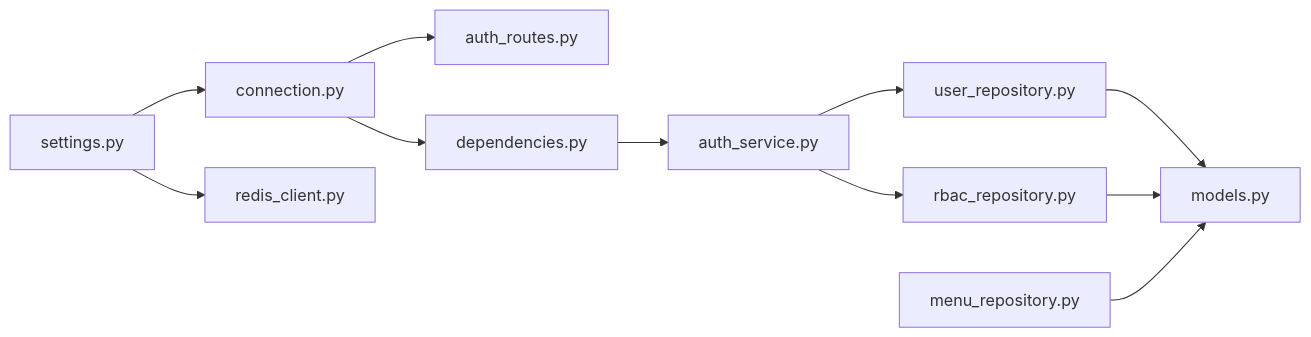
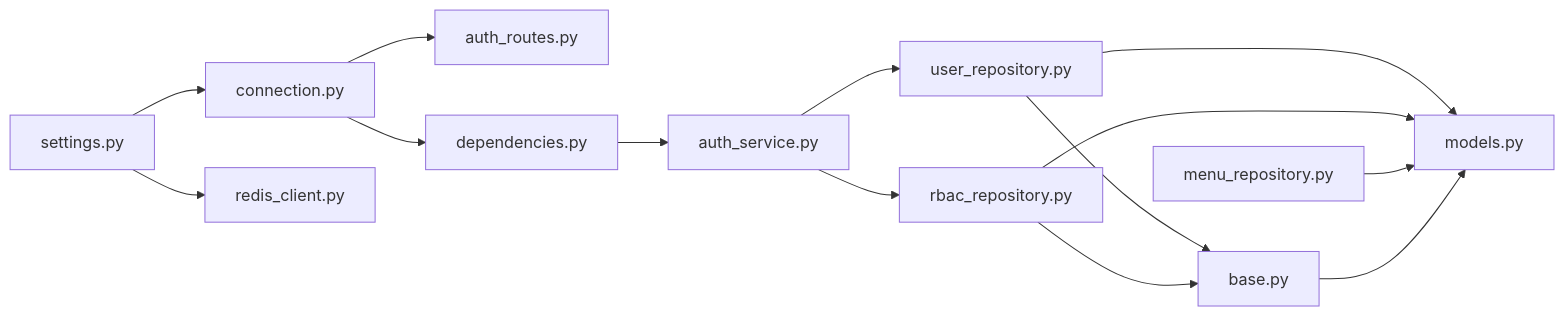
Before and after one commit to taoweidong/Hello-FastApi: the seventh of 7 diagrams in .qoder/repowiki/zh/content/后端架构设计/DDD 分层架构详解/基础设施层（Data Access）.md, drawn with Mermaid. The commit also changed other lines of this file and 11 other files, not shown here.

````diff
--- a/.qoder/repowiki/zh/content/后端架构设计/DDD 分层架构详解/基础设施层（Data Access）.md
+++ b/.qoder/repowiki/zh/content/后端架构设计/DDD 分层架构详解/基础设施层（Data Access）.md
@@ -342,13 +457,16 @@
 ```mermaid
 graph LR
 Settings["settings.py"] --> Conn["connection.py"]
 Settings --> Redis["redis_client.py"]
 Conn --> Routes["auth_routes.py"]
 Conn --> Deps["dependencies.py"]
 Deps --> Svc["auth_service.py"]
 Svc --> URepo["user_repository.py"]
 Svc --> RRepo["rbac_repository.py"]
+URepo --> BaseRepo["base.py"]
+RRepo --> BaseRepo
 URepo --> Models["models.py"]
 RRepo --> Models
 MRepo["menu_repository.py"] --> Models
+BaseRepo --> Models
 ```
````
